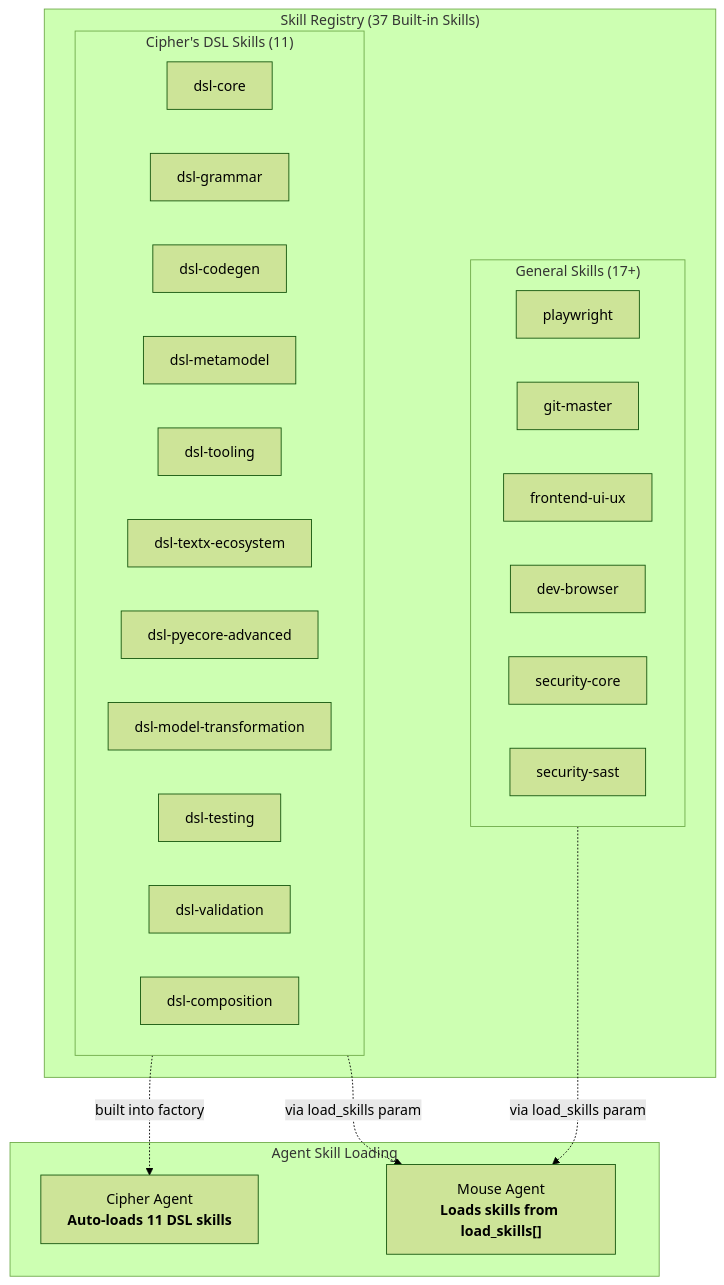
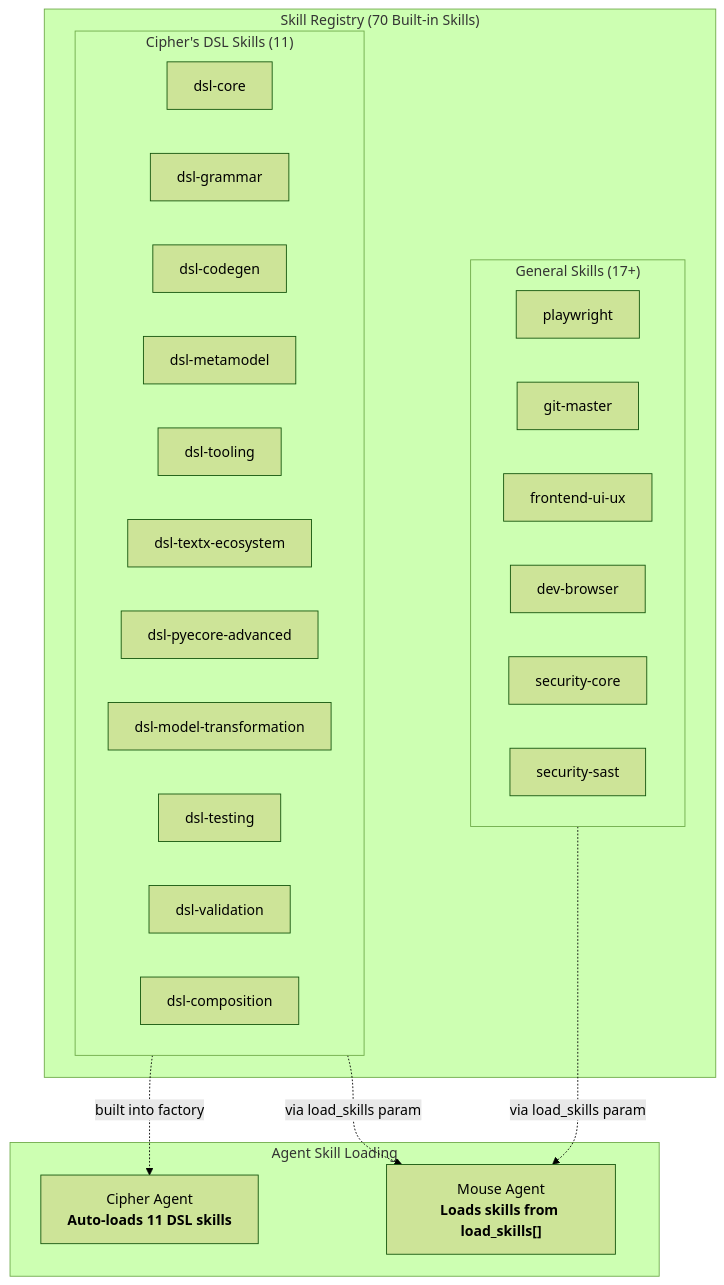
One commit to klpanagi/opencode-matrixx-2 changed the fourth of 7 diagrams in docs/agents.md. Above: the diagram before and after it, drawn with Mermaid (forest theme). The commit also changed other lines of this file and 24 other files, not shown here.

````diff
--- a/docs/agents.md
+++ b/docs/agents.md
@@ -564,36 +563,36 @@
 ```mermaid
 graph TD
-    subgraph SKILL_REGISTRY["Skill Registry (37 Built-in Skills)"]
+    subgraph SKILL_REGISTRY["Skill Registry (70 Built-in Skills)"]
         subgraph DSL_SKILLS["Cipher's DSL Skills (11)"]
             S1["dsl-core"]
             S2["dsl-grammar"]
             S3["dsl-codegen"]
             S4["dsl-metamodel"]
             S5["dsl-tooling"]
             S6["dsl-textx-ecosystem"]
             S7["dsl-pyecore-advanced"]
             S8["dsl-model-transformation"]
             S9["dsl-testing"]
             S10["dsl-validation"]
             S11["dsl-composition"]
         end
 
         subgraph GENERAL_SKILLS["General Skills (17+)"]
             G1["playwright"]
             G2["git-master"]
             G3["frontend-ui-ux"]
             G4["dev-browser"]
             G5["security-core"]
             G6["security-sast"]
         end
     end
 
     subgraph AGENTS["Agent Skill Loading"]
         CIP_AGENT["Cipher Agent<br/><b>Auto-loads 11 DSL skills</b>"]
         MOUSE_AGENT["Mouse Agent<br/><b>Loads skills from load_skills[]</b>"]
     end
 
     DSL_SKILLS -.->|"built into factory"| CIP_AGENT
     GENERAL_SKILLS -.->|"via load_skills param"| MOUSE_AGENT
     DSL_SKILLS -.->|"via load_skills param"| MOUSE_AGENT
 ```
````
